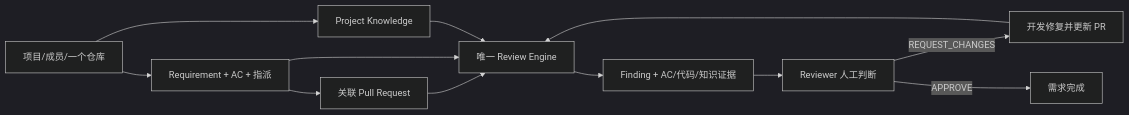
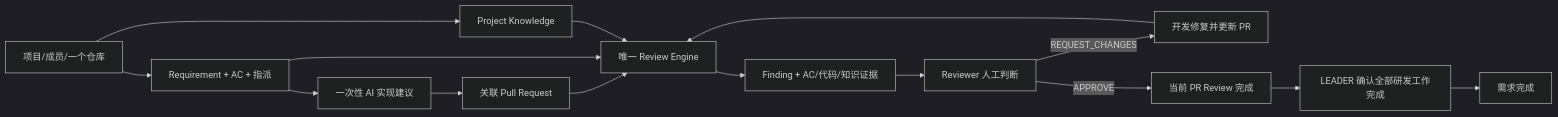
One commit to LinYsssss/ForgePilot changed the diagram in docs/v2/PRD.md. Above: the diagram before and after it, drawn with Mermaid (dark theme). The commit also changed other lines of this file and 1661 other files, not shown here.

````diff
--- a/docs/v2/PRD.md
+++ b/docs/v2/PRD.md
@@ -23,14 +23,17 @@
 ```mermaid
 flowchart LR
     PM["项目/成员/一个仓库"] --> REQ["Requirement + AC + 指派"]
     PM --> KB["Project Knowledge"]
-    REQ --> PR["关联 Pull Request"]
+    REQ --> GUIDE["一次性 AI 实现建议"]
+    GUIDE --> PR["关联 Pull Request"]
     PR --> REV["唯一 Review Engine"]
     REQ --> REV
     KB --> REV
     REV --> FIND["Finding + AC/代码/知识证据"]
     FIND --> HUMAN["Reviewer 人工判断"]
     HUMAN -->|REQUEST_CHANGES| FIX["开发修复并更新 PR"]
     FIX --> REV
-    HUMAN -->|APPROVE| DONE["需求完成"]
+    HUMAN -->|APPROVE| REVIEW_DONE["当前 PR Review 完成"]
+    REVIEW_DONE --> LEADER["LEADER 确认全部研发工作完成"]
+    LEADER --> DONE["需求完成"]
 ```
````
